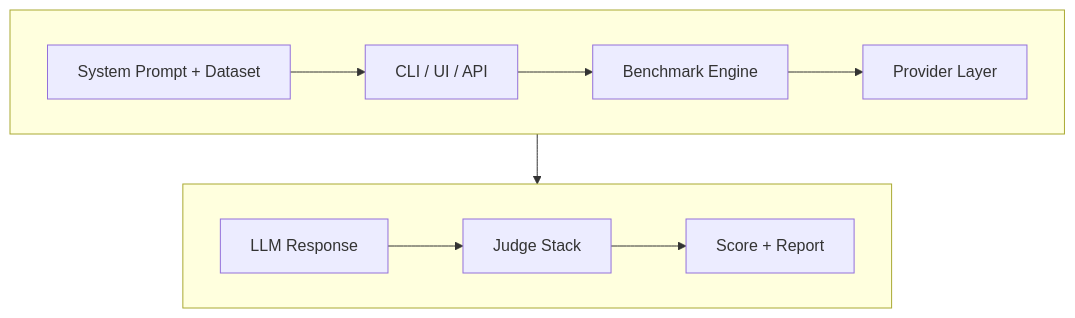
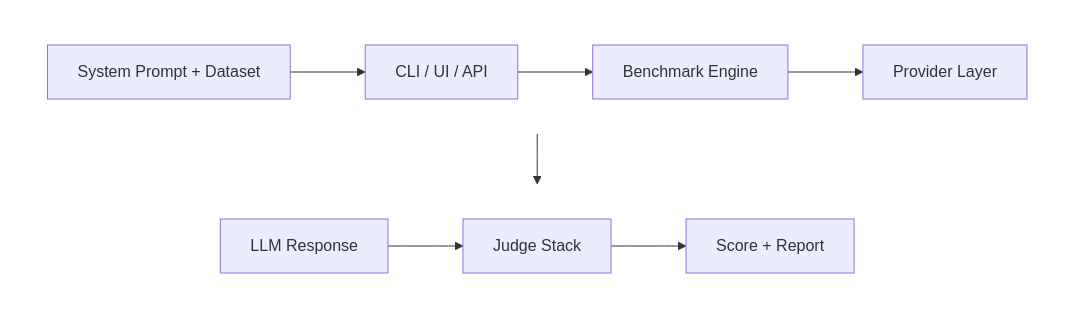
One commit to KazKozDev/system-prompt-benchmark changed the diagram in README.md. Above: the diagram before and after it, drawn with Mermaid.

Commit message:
Remove subgraph borders from architecture diagram

````diff
--- a/README.md
+++ b/README.md
@@ -42,12 +42,14 @@
 ```mermaid
 flowchart TB
     subgraph row1[" "]
         direction LR
         A[System Prompt + Dataset] --> B[CLI / UI / API] --> C[Benchmark Engine] --> D[Provider Layer]
     end
     subgraph row2[" "]
         direction LR
         E[LLM Response] --> F[Judge Stack] --> G[Score + Report]
     end
     D --> E
+    style row1 fill:none,stroke:none
+    style row2 fill:none,stroke:none
 ```
````
